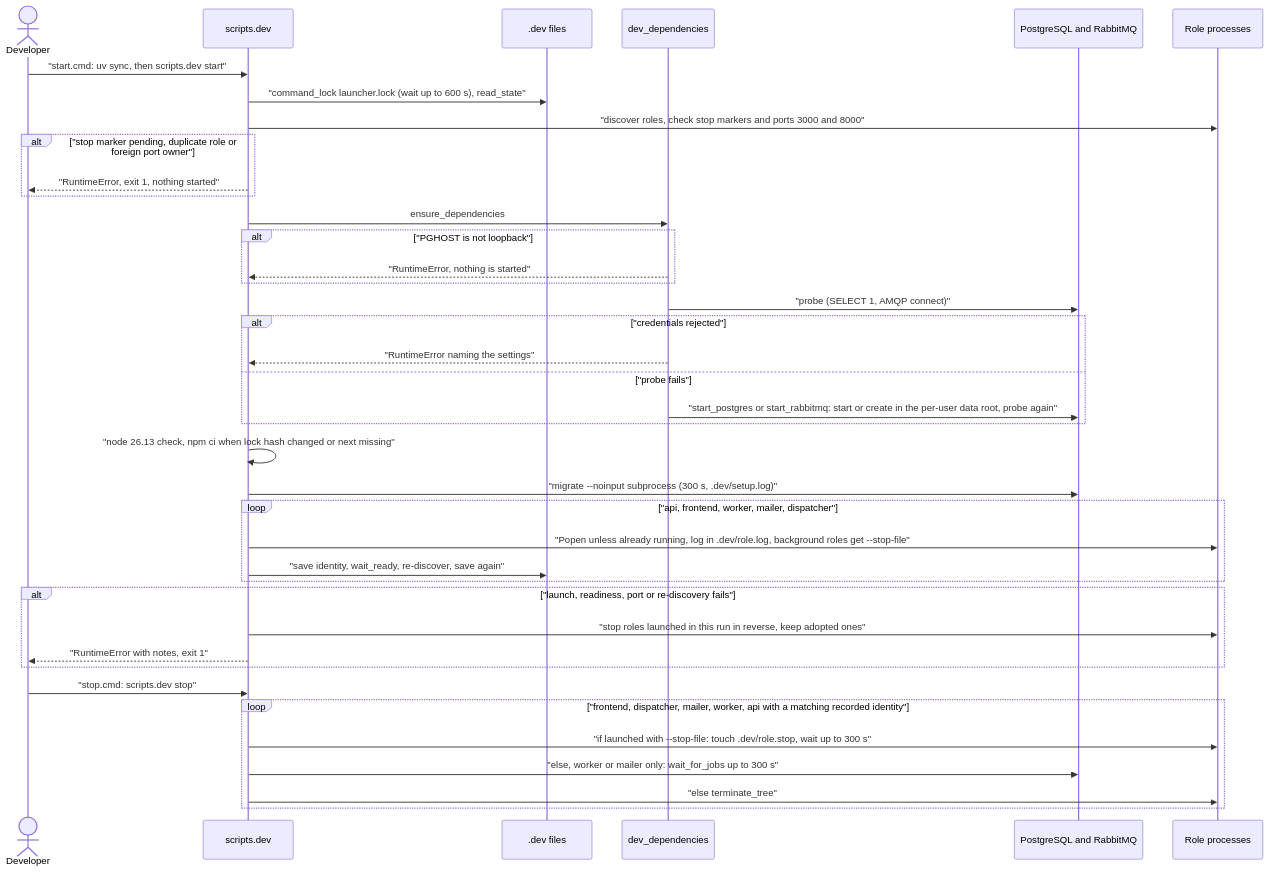
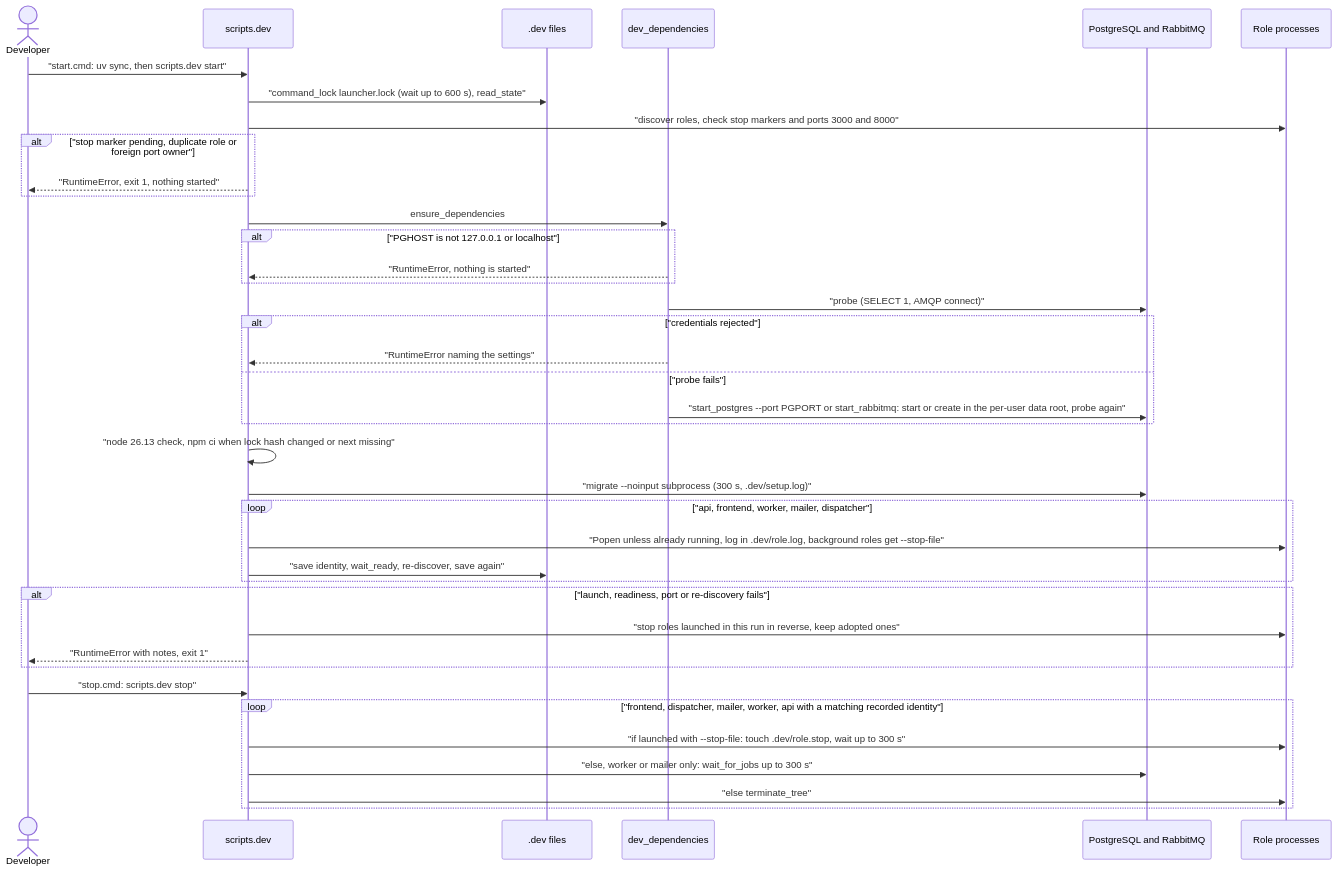
The diagram in docs/flows/local-dev-stack.md (erkurtharun/pyracast), drawn with Mermaid before and after one commit. The commit also changed other lines of this file and 10 other files, not shown here.

First line of the commit message:
Read every shell input schema, count only real marker assignments and keep dependency targets and durable containers consistent

````diff
--- a/docs/flows/local-dev-stack.md
+++ b/docs/flows/local-dev-stack.md
@@ -13,41 +13,41 @@
 ```mermaid
 sequenceDiagram
     actor Dev as Developer
     participant L as scripts.dev
     participant F as .dev files
     participant D as dev_dependencies
     participant X as PostgreSQL and RabbitMQ
     participant R as Role processes
     Dev->>L: "start.cmd: uv sync, then scripts.dev start"
     L->>F: "command_lock launcher.lock (wait up to 600 s), read_state"
     L->>R: "discover roles, check stop markers and ports 3000 and 8000"
     alt "stop marker pending, duplicate role or foreign port owner"
         L-->>Dev: "RuntimeError, exit 1, nothing started"
     end
     L->>D: ensure_dependencies
-    alt "PGHOST is not loopback"
+    alt "PGHOST is not 127.0.0.1 or localhost"
         D-->>L: "RuntimeError, nothing is started"
     end
     D->>X: "probe (SELECT 1, AMQP connect)"
     alt "credentials rejected"
         D-->>L: "RuntimeError naming the settings"
     else "probe fails"
-        D->>X: "start_postgres or start_rabbitmq: start or create in the per-user data root, probe again"
+        D->>X: "start_postgres --port PGPORT or start_rabbitmq: start or create in the per-user data root, probe again"
     end
     L->>L: "node 26.13 check, npm ci when lock hash changed or next missing"
     L->>X: "migrate --noinput subprocess (300 s, .dev/setup.log)"
     loop "api, frontend, worker, mailer, dispatcher"
         L->>R: "Popen unless already running, log in .dev/role.log, background roles get --stop-file"
         L->>F: "save identity, wait_ready, re-discover, save again"
     end
     alt "launch, readiness, port or re-discovery fails"
         L->>R: "stop roles launched in this run in reverse, keep adopted ones"
         L-->>Dev: "RuntimeError with notes, exit 1"
     end
     Dev->>L: "stop.cmd: scripts.dev stop"
     loop "frontend, dispatcher, mailer, worker, api with a matching recorded identity"
         L->>R: "if launched with --stop-file: touch .dev/role.stop, wait up to 300 s"
         L->>X: "else, worker or mailer only: wait_for_jobs up to 300 s"
         L->>R: "else terminate_tree"
     end
 ```
````
